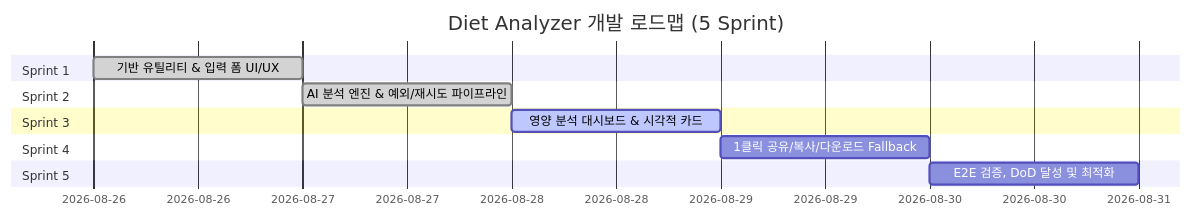
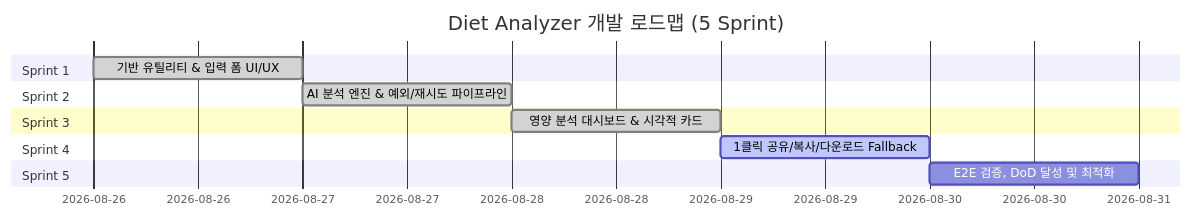
One commit to dksxogur/diet-analyzer changed the diagram in docs/DEVELOPMENT_PLAN.md. Above: the diagram before and after it, drawn with Mermaid. The commit also changed other lines of this file and 3 other files, not shown here.

````diff
--- a/docs/DEVELOPMENT_PLAN.md
+++ b/docs/DEVELOPMENT_PLAN.md
@@ -62,15 +62,15 @@
 ```mermaid
 gantt
     title Diet Analyzer 개발 로드맵 (5 Sprint)
     dateFormat  YYYY-MM-DD
     section Sprint 1
     기반 유틸리티 & 입력 폼 UI/UX       :done, s1, 2026-08-26, 1d
     section Sprint 2
     AI 분석 엔진 & 예외/재시도 파이프라인 :done, s2, after s1, 1d
     section Sprint 3
-    영양 분석 대시보드 & 시각적 카드    :active, s3, after s2, 1d
+    영양 분석 대시보드 & 시각적 카드    :done, s3, after s2, 1d
     section Sprint 4
-    1클릭 공유/복사/다운로드 Fallback    :s4, after s3, 1d
+    1클릭 공유/복사/다운로드 Fallback    :active, s4, after s3, 1d
     section Sprint 5
     E2E 검증, DoD 달성 및 최적화        :s5, after s4, 1d
 ```
````
